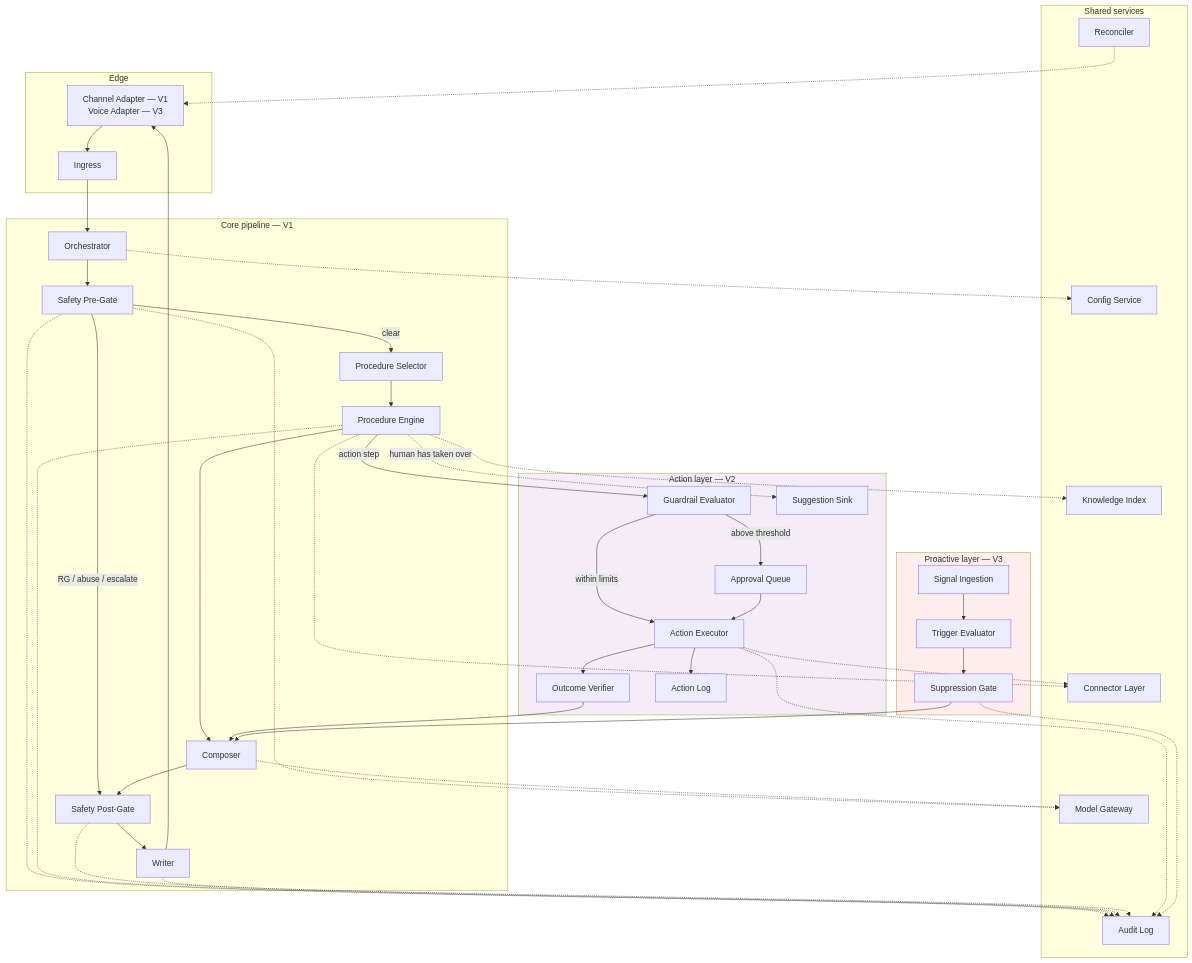
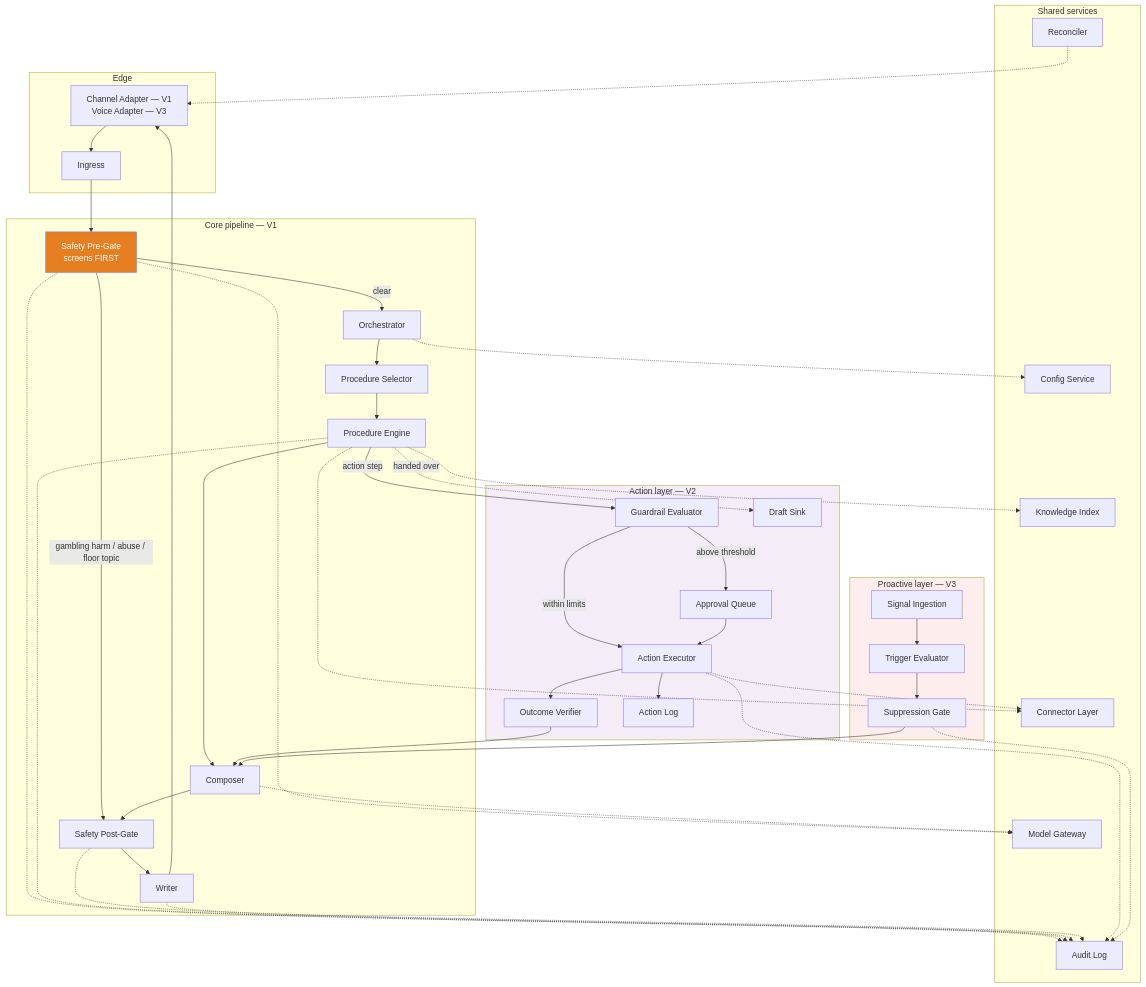
One commit to sdannuri/iGamingAgent changed the second of 12 diagrams in Design.md. Above: the diagram before and after it, drawn with Mermaid. The commit also changed other lines of this file and 2 other files, not shown here.

````diff
--- a/Design.md
+++ b/Design.md
@@ -179,66 +216,67 @@
 ```mermaid
 graph TB
     subgraph EDGE["Edge"]
         CA["Channel Adapter — V1<br/>Voice Adapter — V3"]
         ING["Ingress"]
     end
 
     subgraph CORE["Core pipeline — V1"]
+        PRE["Safety Pre-Gate<br/>screens FIRST"]
         ORCH["Orchestrator"]
-        PRE["Safety Pre-Gate"]
         SEL["Procedure Selector"]
         ENG["Procedure Engine"]
         COMP["Composer"]
         POST["Safety Post-Gate"]
         WR["Writer"]
     end
 
     subgraph ACT["Action layer — V2"]
         GRD["Guardrail Evaluator"]
         APQ["Approval Queue"]
         AEX["Action Executor"]
         VER["Outcome Verifier"]
         ALOG["Action Log"]
-        SUG["Suggestion Sink"]
+        SUG["Draft Sink"]
     end
 
     subgraph PRO["Proactive layer — V3"]
         SIG["Signal Ingestion"]
         TRG["Trigger Evaluator"]
         SUP["Suppression Gate"]
     end
 
     subgraph SVC["Shared services"]
         MG["Model Gateway"]
         CONN["Connector Layer"]
         KB["Knowledge Index"]
         CFG["Config Service"]
         AUD["Audit Log"]
         REC["Reconciler"]
     end
 
-    CA --> ING --> ORCH --> PRE
-    PRE -->|clear| SEL --> ENG
-    PRE -->|"RG / abuse / escalate"| POST
+    CA --> ING --> PRE
+    PRE -->|"clear"| ORCH --> SEL --> ENG
+    PRE -->|"gambling harm / abuse / floor topic"| POST
     ENG --> COMP --> POST --> WR --> CA
-    ENG -.->|"human has taken over"| SUG
+    ENG -.->|"handed over"| SUG
 
     ENG -->|"action step"| GRD
     GRD -->|"within limits"| AEX
     GRD -->|"above threshold"| APQ --> AEX
     AEX --> VER --> COMP
     AEX --> ALOG
 
     SIG --> TRG --> SUP --> COMP
 
     ENG -.-> CONN & KB
     AEX -.-> CONN
     PRE -.-> MG
     COMP -.-> MG
     ORCH -.-> CFG
     REC -.-> CA
     PRE & ENG & POST & WR & AEX & SUP -.-> AUD
 
+    style PRE fill:#e67e22,color:#fff
     style ACT fill:#f4ecf7
     style PRO fill:#fdedec
 ```
````
